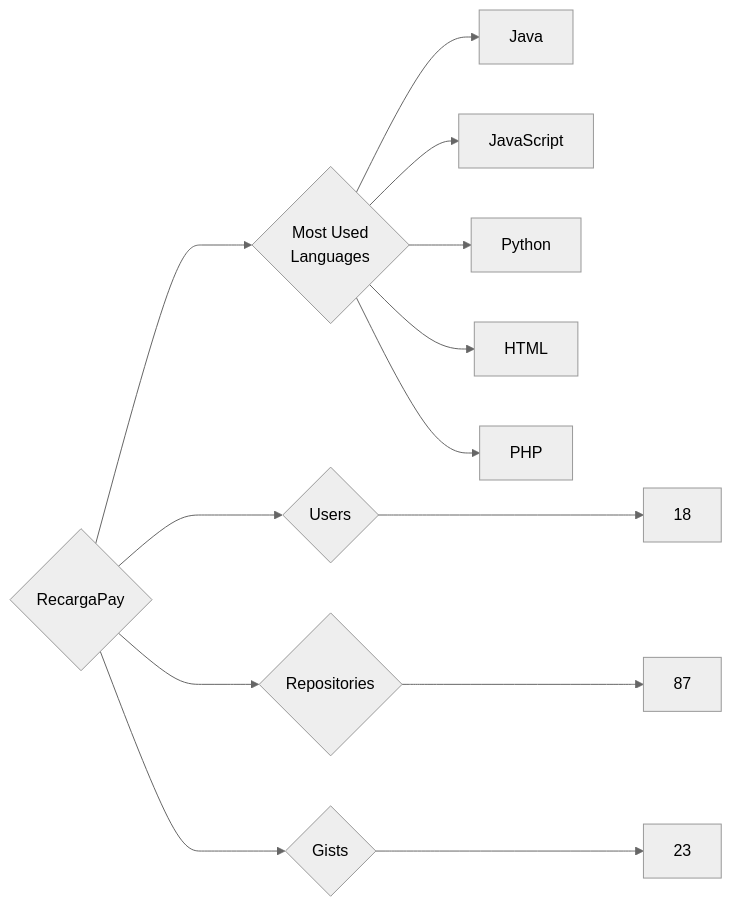
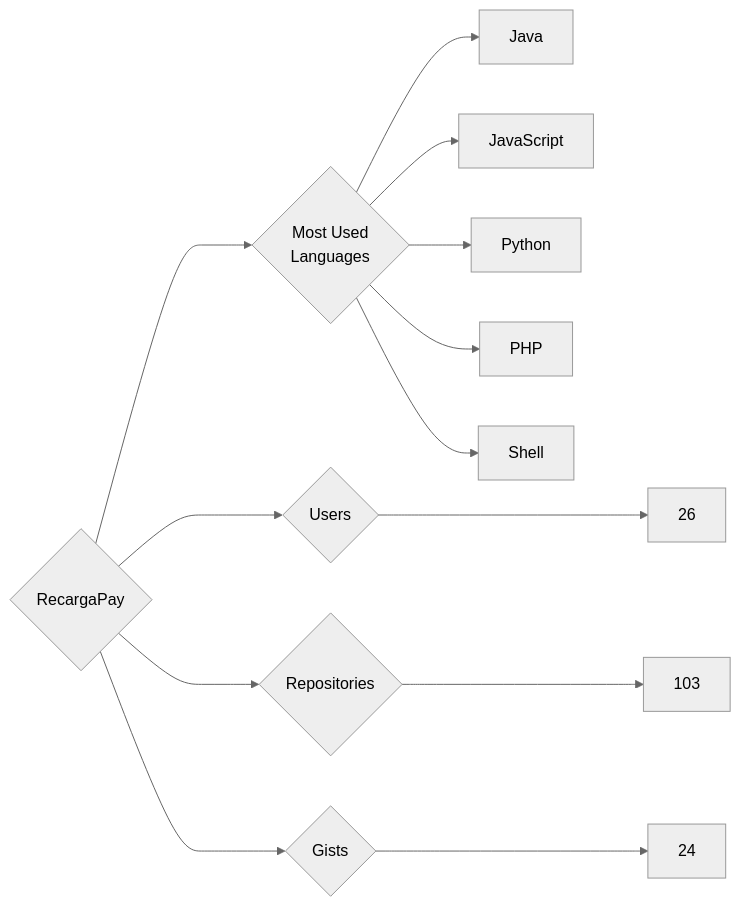
One commit to trickest/insiders changed the diagram in targets/RecargaPay/README.md. Above: the diagram before and after it, drawn with Mermaid (neutral theme). The commit also changed 976 other files, not shown here.

````diff
--- a/targets/RecargaPay/README.md
+++ b/targets/RecargaPay/README.md
@@ -3,13 +3,13 @@
 ```mermaid
 graph LR
 COMPANY_NAME{RecargaPay}
-COMPANY_NAME ---> U{Users} ---> UN[18]
-COMPANY_NAME ---> R{Repositories} ---> RN[87]
-COMPANY_NAME ---> G{Gists} ---> GN[23]
+COMPANY_NAME ---> U{Users} ---> UN[26]
+COMPANY_NAME ---> R{Repositories} ---> RN[103]
+COMPANY_NAME ---> G{Gists} ---> GN[24]
 COMPANY_NAME ---> ML{Most Used<br>Languages}
 ML --> Java[Java]
 ML --> JavaScript[JavaScript]
 ML --> Python[Python]
-ML --> HTML[HTML]
 ML --> PHP[PHP]
+ML --> Shell[Shell]
 ```
````
